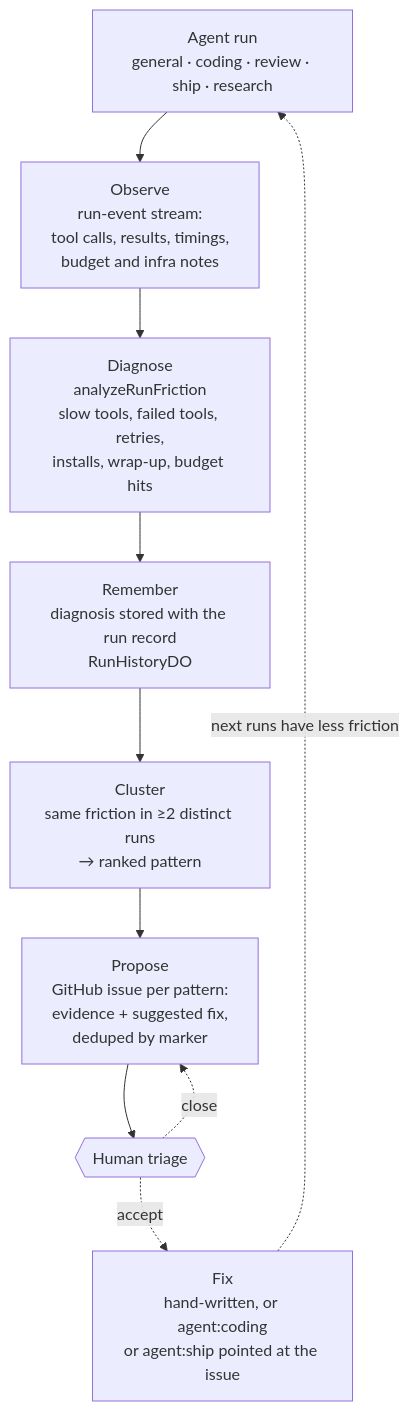
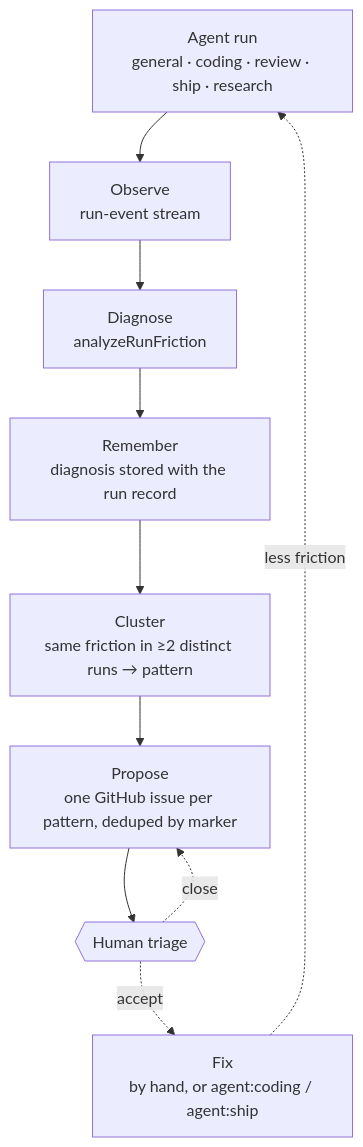
One commit to coreplanelabs/switchboard changed the first of 4 diagrams in docs/explanation/how-switchboard-improves-itself.md. Above: the diagram before and after it, drawn with Mermaid. The commit also changed other lines of this file and 13 other files, not shown here.

````diff
--- a/docs/explanation/how-switchboard-improves-itself.md
+++ b/docs/explanation/how-switchboard-improves-itself.md
@@ -11,15 +9,15 @@
 ```mermaid
 flowchart TB
     RUN["Agent run<br/>general · coding · review · ship · research"]
-    OBS["Observe<br/>run-event stream:<br/>tool calls, results, timings,<br/>budget and infra notes"]
-    DIAG["Diagnose<br/>analyzeRunFriction<br/>slow tools, failed tools, retries,<br/>installs, wrap-up, budget hits"]
-    MEM["Remember<br/>diagnosis stored with the run record<br/>RunHistoryDO"]
-    CLUS["Cluster<br/>same friction in ≥2 distinct runs<br/>→ ranked pattern"]
-    PROP["Propose<br/>GitHub issue per pattern:<br/>evidence + suggested fix,<br/>deduped by marker"]
+    OBS["Observe<br/>run-event stream"]
+    DIAG["Diagnose<br/>analyzeRunFriction"]
+    MEM["Remember<br/>diagnosis stored with the run record"]
+    CLUS["Cluster<br/>same friction in ≥2 distinct runs → pattern"]
+    PROP["Propose<br/>one GitHub issue per pattern, deduped by marker"]
     HUMAN{{"Human triage"}}
-    FIX["Fix<br/>hand-written, or agent:coding<br/>or agent:ship pointed at the issue"]
+    FIX["Fix<br/>by hand, or agent:coding / agent:ship"]
 
     RUN --> OBS --> DIAG --> MEM --> CLUS --> PROP --> HUMAN
-    HUMAN -.->|"accept"| FIX -.->|"next runs have less friction"| RUN
+    HUMAN -.->|"accept"| FIX -.->|"less friction"| RUN
     HUMAN -.->|"close"| PROP
 ```
````
